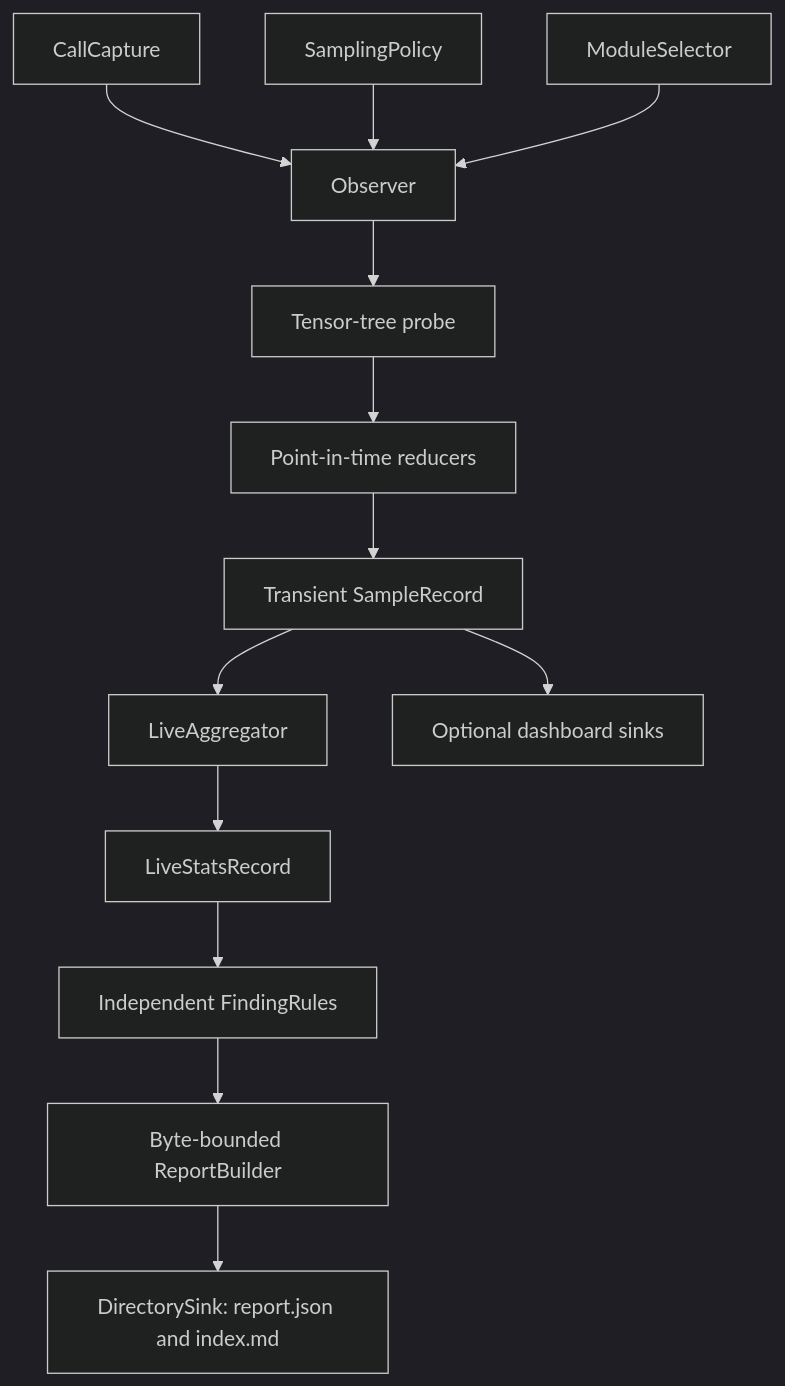
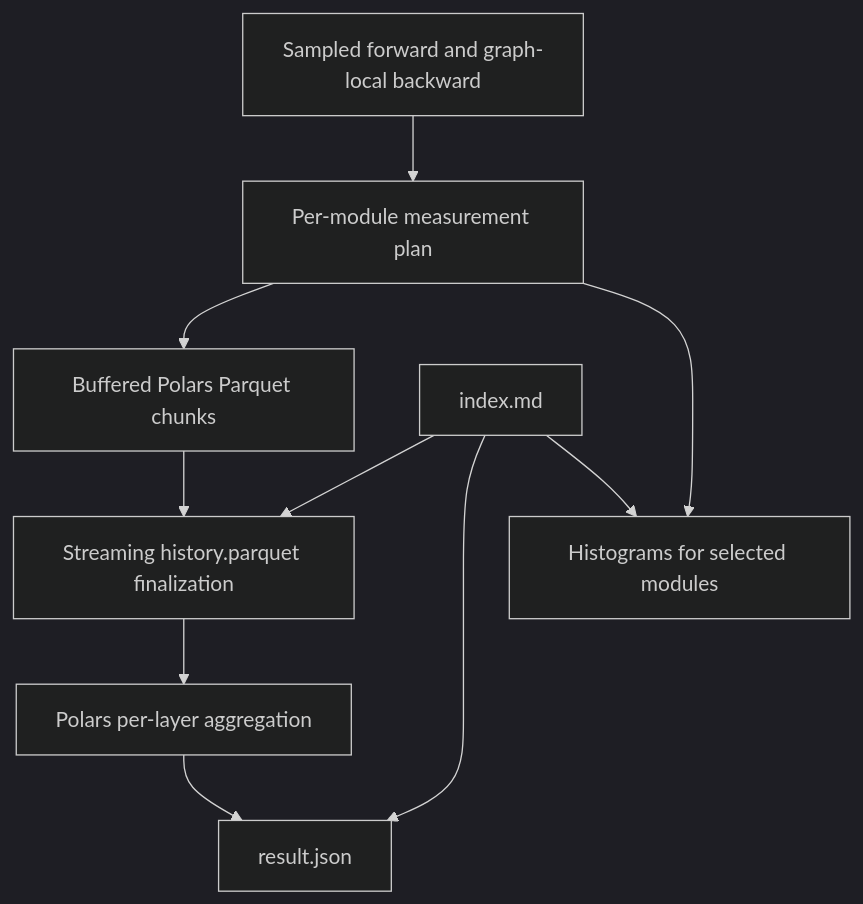
The diagram in docs/design.md (Red-Eyed/torchinstruments), drawn with Mermaid (dark theme) before and after one commit. The commit also changed other lines of this file and 58 other files, not shown here.

First line of the commit message:
Replace ranked reports with per-layer measurement history

````diff
--- a/docs/design.md
+++ b/docs/design.md
@@ -42,15 +30,12 @@
 ```mermaid
 flowchart TD
-    C[CallCapture] --> O[Observer]
-    SP[SamplingPolicy] --> O
-    MS[ModuleSelector] --> O
-    O --> P[Tensor-tree probe]
-    P --> R[Point-in-time reducers]
-    R --> E[Transient SampleRecord]
-    E --> A[LiveAggregator]
-    A --> L[LiveStatsRecord]
-    L --> F[Independent FindingRules]
-    F --> B[Byte-bounded ReportBuilder]
-    B --> D[DirectorySink: report.json and index.md]
-    E --> TB[Optional dashboard sinks]
+    Capture[Sampled forward and graph-local backward] --> Measurement[Per-module measurement plan]
+    Measurement --> History[Buffered Polars Parquet chunks]
+    Measurement --> TensorBoard[Histograms for selected modules]
+    History --> Final[Streaming history.parquet finalization]
+    Final --> Summary[Polars per-layer aggregation]
+    Summary --> JSON[result.json]
+    Guide[index.md] --> Final
+    Guide --> JSON
+    Guide --> TensorBoard
 ```
````
